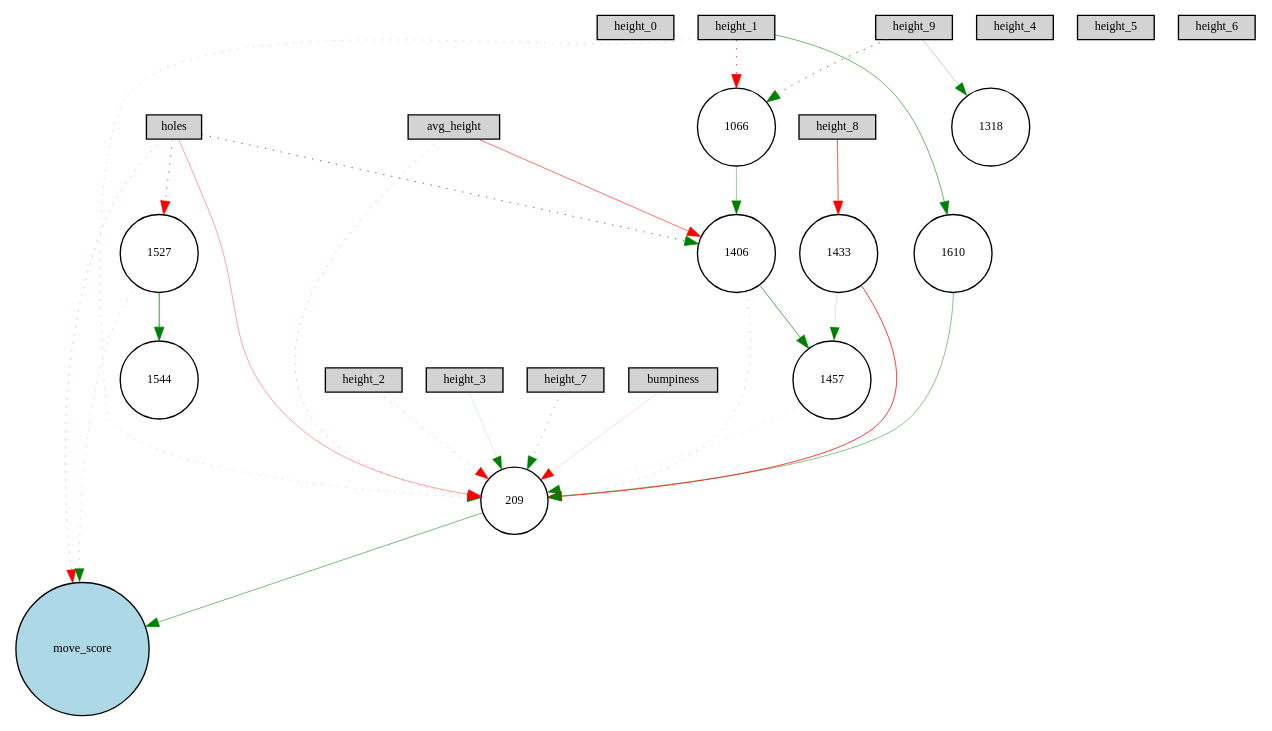
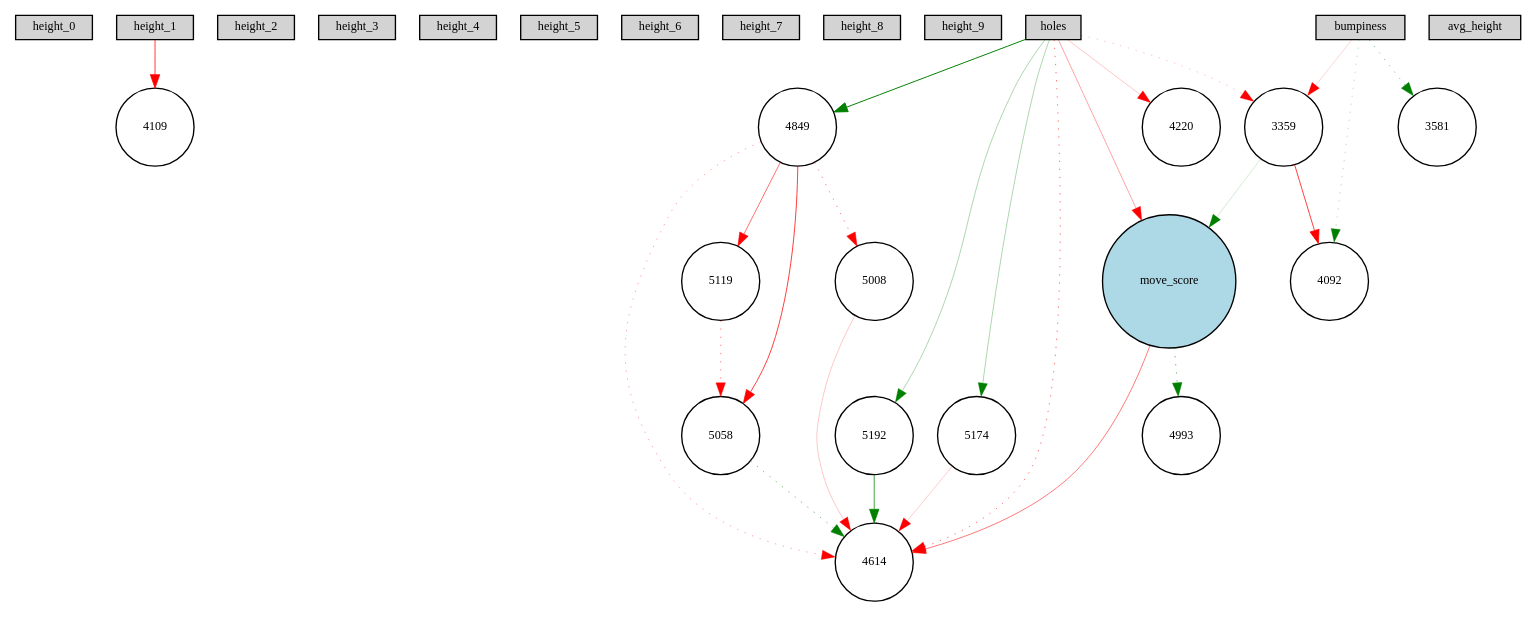
One commit to VioletYarKhan/TetrisAI changed the diagram in Digraph.gv. Above: the diagram before and after it, drawn with Graphviz. The commit also changed 6 other files, not shown here.

```diff
--- a/Digraph.gv
+++ b/Digraph.gv
@@ -1,52 +1,54 @@
 digraph {
 	node [fontsize=9 height=0.2 shape=circle width=0.2]
 	height_0 [fillcolor=lightgray shape=box style=filled]
 	height_1 [fillcolor=lightgray shape=box style=filled]
 	height_2 [fillcolor=lightgray shape=box style=filled]
 	height_3 [fillcolor=lightgray shape=box style=filled]
 	height_4 [fillcolor=lightgray shape=box style=filled]
 	height_5 [fillcolor=lightgray shape=box style=filled]
 	height_6 [fillcolor=lightgray shape=box style=filled]
 	height_7 [fillcolor=lightgray shape=box style=filled]
 	height_8 [fillcolor=lightgray shape=box style=filled]
 	height_9 [fillcolor=lightgray shape=box style=filled]
 	holes [fillcolor=lightgray shape=box style=filled]
 	bumpiness [fillcolor=lightgray shape=box style=filled]
 	avg_height [fillcolor=lightgray shape=box style=filled]
 	move_score [fillcolor=lightblue style=filled]
-	1318 [fillcolor=white style=filled]
-	1544 [fillcolor=white style=filled]
-	1066 [fillcolor=white style=filled]
-	1610 [fillcolor=white style=filled]
-	209 [fillcolor=white style=filled]
-	1457 [fillcolor=white style=filled]
-	1527 [fillcolor=white style=filled]
-	1433 [fillcolor=white style=filled]
-	1406 [fillcolor=white style=filled]
-	height_7 -> 209 [color=green penwidth=0.32881179132839244 style=dotted]
-	holes -> 209 [color=red penwidth=0.26541365834441266 style=solid]
-	avg_height -> 209 [color=red penwidth=0.25427836683285626 style=dotted]
-	bumpiness -> 209 [color=red penwidth=0.11388181247048619 style=solid]
-	height_3 -> 209 [color=green penwidth=0.10888498013977121 style=solid]
-	height_2 -> 209 [color=red penwidth=0.24269134291904124 style=dotted]
-	height_1 -> 209 [color=green penwidth=0.17902669699760165 style=dotted]
-	209 -> move_score [color=green penwidth=0.3900105148467129 style=solid]
-	holes -> move_score [color=red penwidth=0.25717009042549444 style=dotted]
-	height_9 -> 1066 [color=green penwidth=0.6352354097796042 style=dotted]
-	height_1 -> 1066 [color=red penwidth=0.5783188616118395 style=dotted]
-	height_9 -> 1318 [color=green penwidth=0.19437533209480043 style=solid]
-	avg_height -> 1406 [color=red penwidth=0.42427637589962575 style=solid]
-	1406 -> 209 [color=green penwidth=0.1876974857832226 style=dotted]
-	height_8 -> 1433 [color=red penwidth=0.476527891925708 style=solid]
-	1433 -> 209 [color=red penwidth=0.5671620810333664 style=solid]
-	1406 -> 1457 [color=green penwidth=0.48692057357461604 style=solid]
-	1457 -> 209 [color=green penwidth=0.10392751230905733 style=dotted]
-	1433 -> 1457 [color=green penwidth=0.10719164217134736 style=solid]
-	holes -> 1406 [color=green penwidth=0.6020389514475132 style=dotted]
-	1066 -> 1406 [color=green penwidth=0.28516571518348705 style=solid]
-	holes -> 1527 [color=red penwidth=0.5221233704714973 style=dotted]
-	1527 -> move_score [color=green penwidth=0.1841260082387886 style=dotted]
-	1527 -> 1544 [color=green penwidth=0.5996479730413803 style=solid]
-	height_1 -> 1610 [color=green penwidth=0.4151836681726848 style=solid]
-	1610 -> 209 [color=green penwidth=0.35042998532319813 style=solid]
+	4993 [fillcolor=white style=filled]
+	5058 [fillcolor=white style=filled]
+	4614 [fillcolor=white style=filled]
+	5192 [fillcolor=white style=filled]
+	4109 [fillcolor=white style=filled]
+	4220 [fillcolor=white style=filled]
+	4849 [fillcolor=white style=filled]
+	5008 [fillcolor=white style=filled]
+	5174 [fillcolor=white style=filled]
+	5119 [fillcolor=white style=filled]
+	4092 [fillcolor=white style=filled]
+	3581 [fillcolor=white style=filled]
+	3359 [fillcolor=white style=filled]
+	bumpiness -> 3359 [color=red penwidth=0.13492147380620984 style=solid]
+	3359 -> move_score [color=green penwidth=0.12717445914771172 style=solid]
+	bumpiness -> 3581 [color=green penwidth=0.32882252832239517 style=dotted]
+	holes -> move_score [color=red penwidth=0.2728386357363098 style=solid]
+	bumpiness -> 4092 [color=green penwidth=0.19594067343355215 style=dotted]
+	holes -> 3359 [color=red penwidth=0.18613924041372487 style=dotted]
+	holes -> 4220 [color=red penwidth=0.16938431290502765 style=solid]
+	3359 -> 4092 [color=red penwidth=0.5587154688153702 style=solid]
+	move_score -> 4614 [color=red penwidth=0.3913954555408583 style=solid]
+	holes -> 4614 [color=red penwidth=0.40841503963486736 style=dotted]
+	holes -> 4849 [color=green penwidth=0.7339021666917838 style=solid]
+	4849 -> 4614 [color=red penwidth=0.27341685393319626 style=dotted]
+	height_1 -> 4109 [color=red penwidth=0.5684682039168771 style=solid]
+	move_score -> 4993 [color=green penwidth=0.4051711902674978 style=dotted]
+	4849 -> 5008 [color=red penwidth=0.35974528711540665 style=dotted]
+	5008 -> 4614 [color=red penwidth=0.17196114410045416 style=solid]
+	4849 -> 5058 [color=red penwidth=0.5586376944009454 style=solid]
+	5058 -> 4614 [color=green penwidth=0.40116193387537813 style=dotted]
+	4849 -> 5119 [color=red penwidth=0.4204786480161071 style=solid]
+	5119 -> 5058 [color=red penwidth=0.3405103585066981 style=dotted]
+	holes -> 5174 [color=green penwidth=0.24108827209549105 style=solid]
+	5174 -> 4614 [color=red penwidth=0.1539449492750773 style=solid]
+	holes -> 5192 [color=green penwidth=0.23583886769402818 style=solid]
+	5192 -> 4614 [color=green penwidth=0.5421302319028747 style=solid]
 }
```
